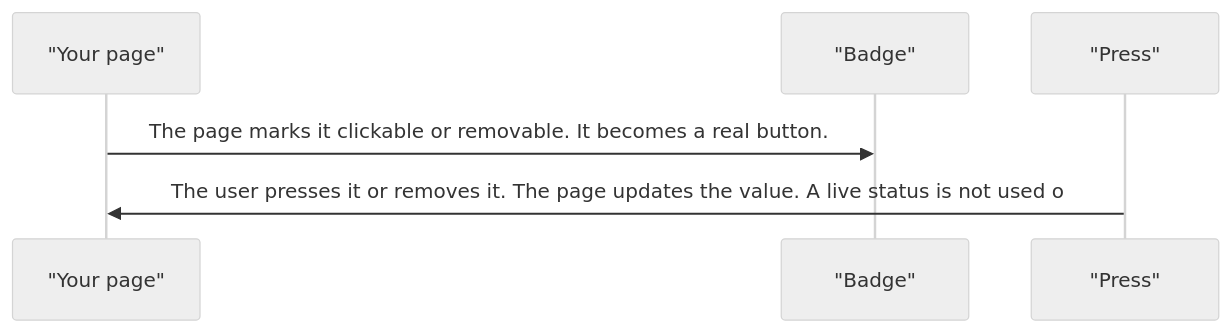
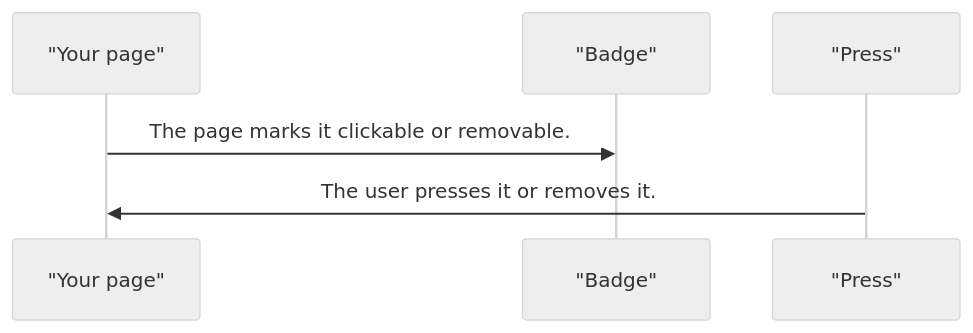
The third of 3 diagrams in projects/pixel-ui/src/lib/pixel-badge/DESIGN.md (RajshekharBorate/pixel-ui), drawn with Mermaid (neutral theme) before and after one commit. The commit also changed other lines of this file and 80 other files, not shown here.

Commit message:
Fill missing design flows and correct the stories that did not match component behavior.

````diff
--- a/projects/pixel-ui/src/lib/pixel-badge/DESIGN.md
+++ b/projects/pixel-ui/src/lib/pixel-badge/DESIGN.md
@@ -60,8 +60,8 @@
 ```mermaid
 sequenceDiagram
   participant page as "Your page"
   participant badge as "Badge"
   participant press as "Press"
-  page->>badge: The page marks it clickable or removable. It becomes a real button.
-  press->>page: The user presses it or removes it. The page updates the value. A live status is not used o
+  page->>badge: The page marks it clickable or removable.
+  press->>page: The user presses it or removes it.
 ```
````
